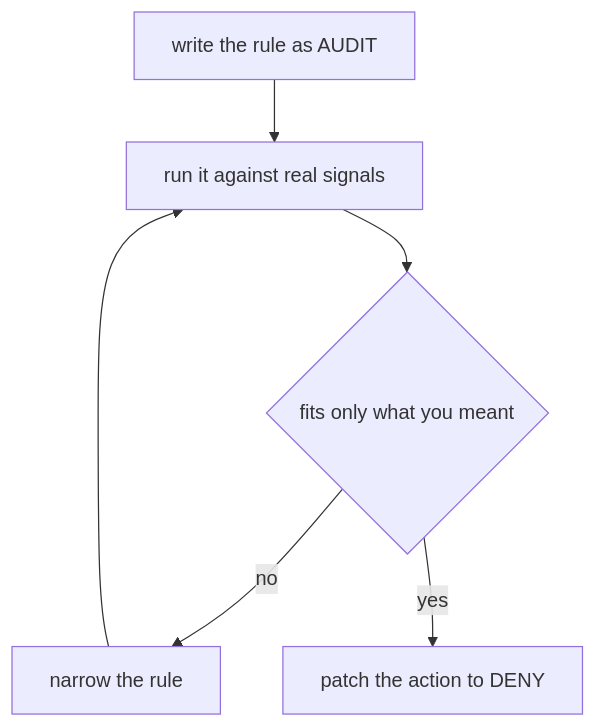
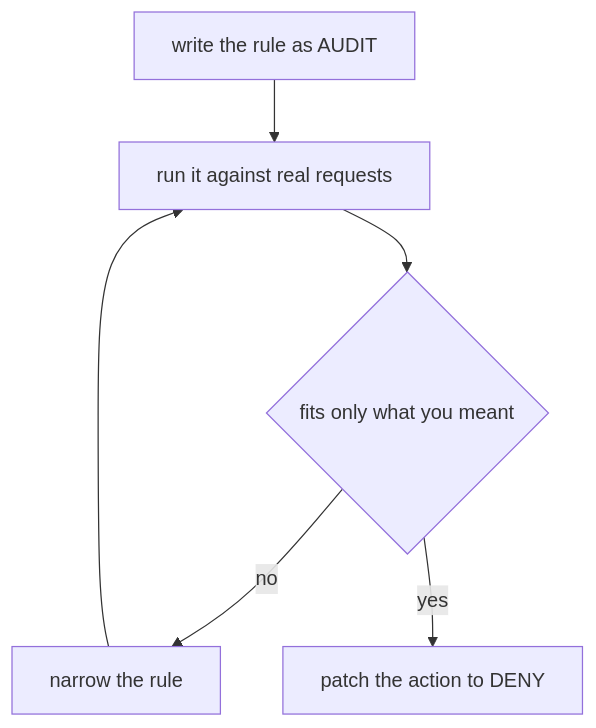
Before and after one commit to astrona-io/ATS015: the diagram in sections/section-020/module-02/course-06-audit-and-choosing-allow-or-deny.md, drawn with Mermaid. The commit also changed other lines of this file and 40 other files, not shown here.

````diff
--- a/sections/section-020/module-02/course-06-audit-and-choosing-allow-or-deny.md
+++ b/sections/section-020/module-02/course-06-audit-and-choosing-allow-or-deny.md
@@ -90,8 +90,8 @@
 ```mermaid
 flowchart TB
-    W["write the rule as AUDIT"] --> R["run it against real signals"]
+    W["write the rule as AUDIT"] --> R["run it against real requests"]
     R --> Q{"fits only what you meant"}
     Q -->|"no"| N["narrow the rule"]
     N --> R
     Q -->|"yes"| P["patch the action to DENY"]
 ```
````
